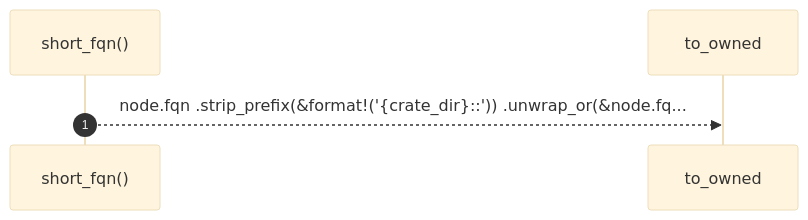
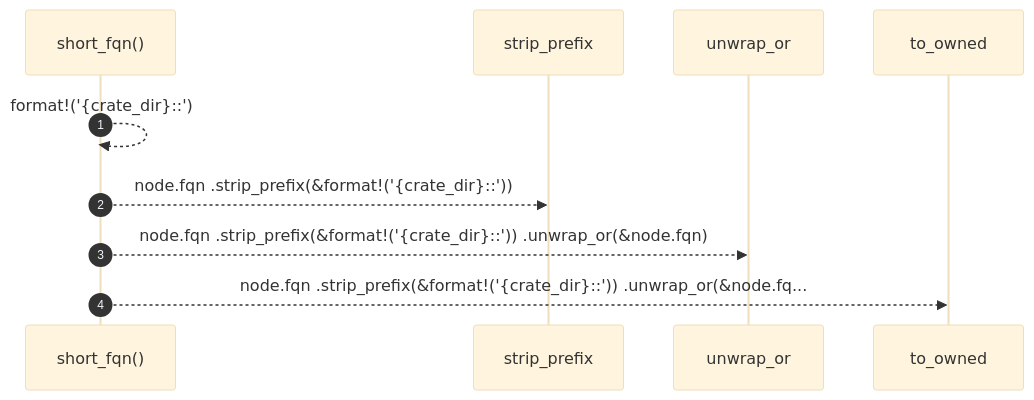
The diagram in .robby/diagrams/seq-rust-robby-render-tree-short-fqn.mmd (RyanGuild/self-describing-code), drawn with Mermaid (base theme) before and after one commit. The commit also changed 1404 other files, not shown here.

```diff
--- a/.robby/diagrams/seq-rust-robby-render-tree-short-fqn.mmd
+++ b/.robby/diagrams/seq-rust-robby-render-tree-short-fqn.mmd
@@ -1,5 +1,10 @@
 sequenceDiagram
     autonumber
     participant short_fqn as short_fqn()
+    participant strip_prefix as strip_prefix
+    participant unwrap_or as unwrap_or
     participant to_owned as to_owned
+    short_fqn-->>short_fqn: format!('{crate_dir}::')
+    short_fqn-->>strip_prefix: node.fqn .strip_prefix(&format!('{crate_dir}::'))
+    short_fqn-->>unwrap_or: node.fqn .strip_prefix(&format!('{crate_dir}::')) .unwrap_or(&node.fqn)
     short_fqn-->>to_owned: node.fqn .strip_prefix(&format!('{crate_dir}::')) .unwrap_or(&node.fq...
```
